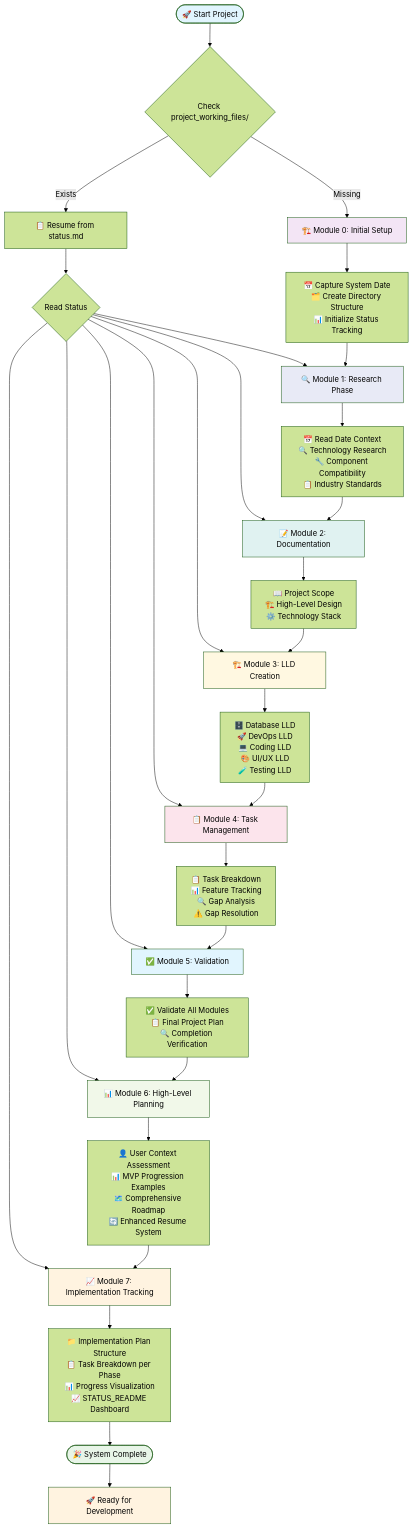
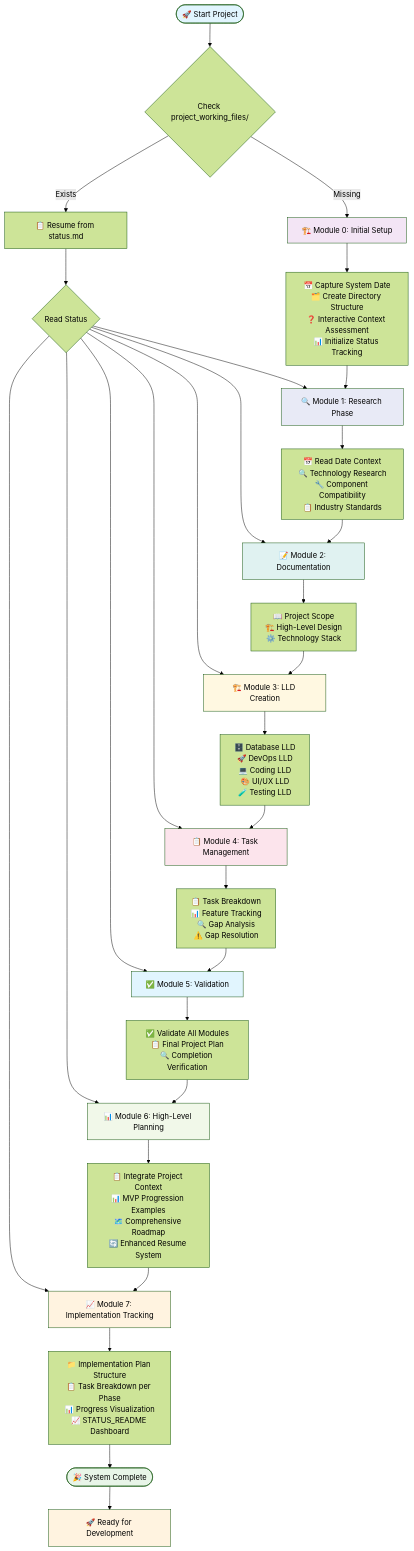
The first of 7 diagrams in project_instructions/WORKFLOW_DIAGRAM.md (PadsterH2012/Instructors), drawn with Mermaid (forest theme) before and after one commit. The commit also changed other lines of this file and 3 other files, not shown here.

Commit message:
Enhance project context assessment and integration across modules with interactive user queries and documentation updates

````diff
--- a/project_instructions/WORKFLOW_DIAGRAM.md
+++ b/project_instructions/WORKFLOW_DIAGRAM.md
@@ -7,54 +7,54 @@
 ```mermaid
 flowchart TD
     Start([🚀 Start Project]) --> Check{Check project_working_files/}
 
     Check -->|Exists| Resume[📋 Resume from status.md]
     Check -->|Missing| M0[🏗️ Module 0: Initial Setup]
 
     Resume --> Status{Read Status}
     Status --> M1[🔍 Module 1: Research Phase]
     Status --> M2[📝 Module 2: Documentation]
     Status --> M3[🏗️ Module 3: LLD Creation]
     Status --> M4[📋 Module 4: Task Management]
     Status --> M5[✅ Module 5: Validation]
     Status --> M6[📊 Module 6: High-Level Planning]
     Status --> M7[📈 Module 7: Implementation Tracking]
 
-    M0 --> M0_Tasks[📅 Capture System Date<br/>🗂️ Create Directory Structure<br/>📊 Initialize Status Tracking]
+    M0 --> M0_Tasks[📅 Capture System Date<br/>🗂️ Create Directory Structure<br/>❓ Interactive Context Assessment<br/>📊 Initialize Status Tracking]
     M0_Tasks --> M1
 
     M1 --> M1_Tasks[📅 Read Date Context<br/>🔍 Technology Research<br/>🔧 Component Compatibility<br/>📋 Industry Standards]
     M1_Tasks --> M2
 
     M2 --> M2_Tasks[📖 Project Scope<br/>🏗️ High-Level Design<br/>⚙️ Technology Stack]
     M2_Tasks --> M3
 
     M3 --> M3_Tasks[🗄️ Database LLD<br/>🚀 DevOps LLD<br/>💻 Coding LLD<br/>🎨 UI/UX LLD<br/>🧪 Testing LLD]
     M3_Tasks --> M4
 
     M4 --> M4_Tasks[📋 Task Breakdown<br/>📊 Feature Tracking<br/>🔍 Gap Analysis<br/>⚠️ Gap Resolution]
     M4_Tasks --> M5
 
     M5 --> M5_Tasks[✅ Validate All Modules<br/>📋 Final Project Plan<br/>🔍 Completion Verification]
     M5_Tasks --> M6
 
-    M6 --> M6_Tasks[👤 User Context Assessment<br/>📊 MVP Progression Examples<br/>🗺️ Comprehensive Roadmap<br/>🔄 Enhanced Resume System]
+    M6 --> M6_Tasks[📋 Integrate Project Context<br/>📊 MVP Progression Examples<br/>🗺️ Comprehensive Roadmap<br/>🔄 Enhanced Resume System]
     M6_Tasks --> M7
 
     M7 --> M7_Tasks[📁 Implementation Plan Structure<br/>📋 Task Breakdown per Phase<br/>📊 Progress Visualization<br/>📈 STATUS_README Dashboard]
     M7_Tasks --> Complete([🎉 System Complete])
 
     Complete --> Dev[🚀 Ready for Development]
 
     style Start fill:#e1f5fe
     style Complete fill:#e8f5e8
     style Dev fill:#fff3e0
     style M0 fill:#f3e5f5
     style M1 fill:#e8eaf6
     style M2 fill:#e0f2f1
     style M3 fill:#fff8e1
     style M4 fill:#fce4ec
     style M5 fill:#e1f5fe
     style M6 fill:#f1f8e9
     style M7 fill:#fff3e0
 ```
````
